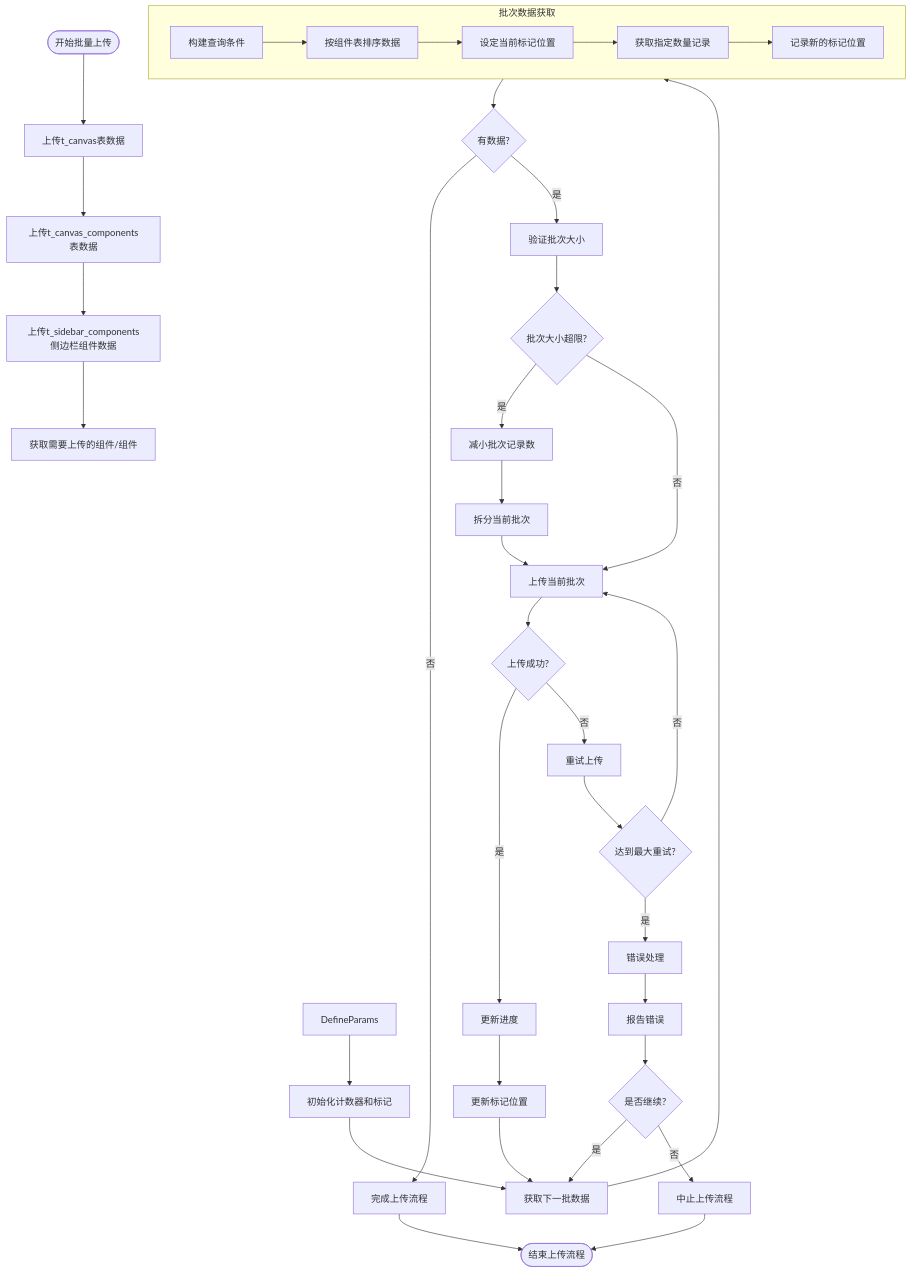
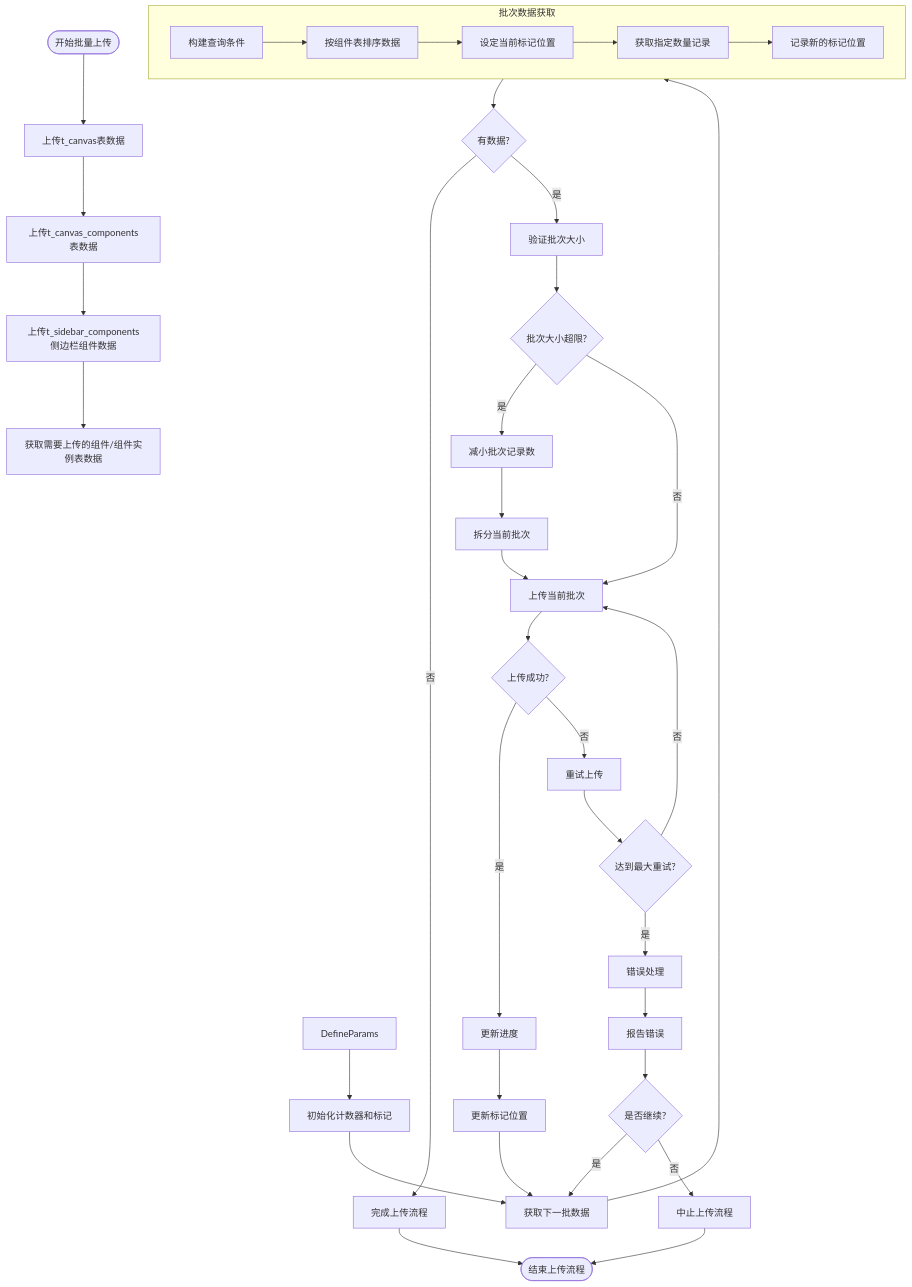
The diagram in all/未命名-51.md (yingjianzh/iodraw-files), drawn with Mermaid before and after one commit.

Commit message:
2025-05-08 17:25:11 update

````diff
--- a/all/未命名-51.md
+++ b/all/未命名-51.md
@@ -1,50 +1,50 @@
 ```mermaid
 flowchart TD
     Start([开始批量上传]) --> UploadSpaceData[上传t_canvas表数据]
     UploadSpaceData --> UploadComponentListData[上传t_canvas_components表数据]
     UploadComponentListData --> UploadSiderComponent[上传t_sidebar_components侧边栏组件数据]
     
-    UploadSiderComponent --> UploadData[获取需要上传的组件/组件]
+    UploadSiderComponent --> UploadData[获取需要上传的组件/组件实例表数据]
     DefineParams --> InitCounters[初始化计数器和标记]
     
     InitCounters --> FetchNextBatch[获取下一批数据]
     
     subgraph BatchFetch [批次数据获取]
         A[构建查询条件] --> B[按组件表排序数据]
         B --> C[设定当前标记位置]
         C --> D[获取指定数量记录]
         D --> E[记录新的标记位置]
     end
     
     FetchNextBatch --> BatchFetch
     
     BatchFetch --> CheckResults{有数据?}
     CheckResults -->|否| CompleteUpload[完成上传流程]
     CheckResults -->|是| ValidateBatch[验证批次大小]
     
     ValidateBatch --> SizeTooLarge{批次大小超限?}
     SizeTooLarge -->|是| AdjustBatchSize[减小批次记录数]
     SizeTooLarge -->|否| UploadBatch[上传当前批次]
     
     AdjustBatchSize --> SplitBatch[拆分当前批次]
     SplitBatch --> UploadBatch
     
     UploadBatch --> UploadSuccess{上传成功?}
     UploadSuccess -->|是| UpdateProgress[更新进度]
     UploadSuccess -->|否| RetryUpload[重试上传]
     
     RetryUpload --> MaxRetries{达到最大重试?}
     MaxRetries -->|否| UploadBatch
     MaxRetries -->|是| ErrorHandling[错误处理]
     
     ErrorHandling --> ReportError[报告错误]
     ReportError --> ContinueOption{是否继续?}
     ContinueOption -->|是| FetchNextBatch
     ContinueOption -->|否| AbortProcess[中止上传流程]
     
     UpdateProgress --> UpdateMarker[更新标记位置]
     UpdateMarker --> FetchNextBatch
     
     CompleteUpload --> End([结束上传流程])
     AbortProcess --> End
 ```
````
